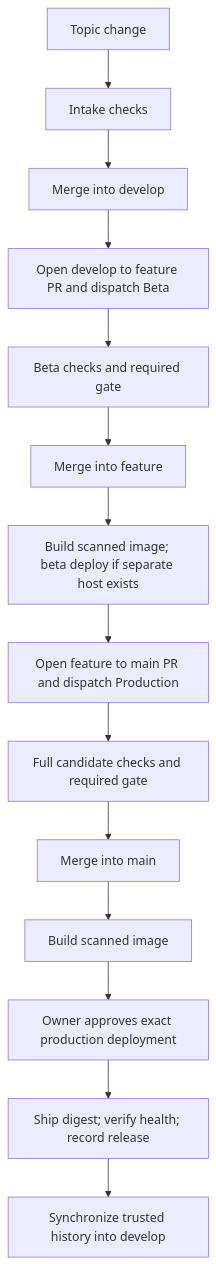
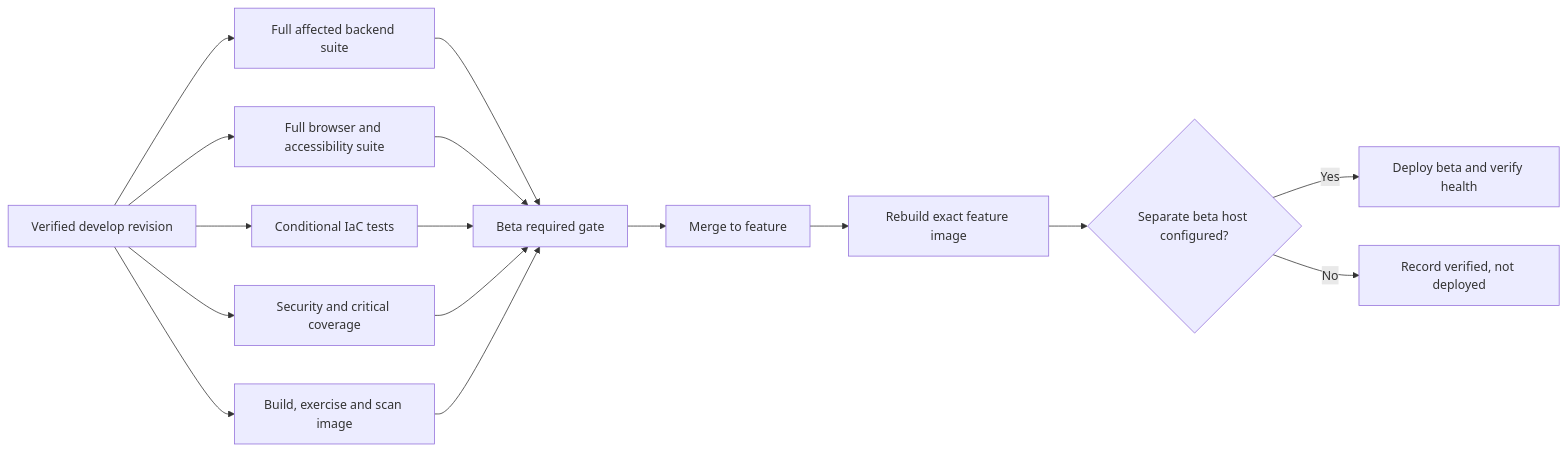
One commit to Andylol111/client-affairs-tools changed the third of 4 diagrams in docs/DELIVERY-GUARDRAILS.md. Above: the diagram before and after it, drawn with Mermaid. The commit also changed other lines of this file and 11 other files, not shown here.

````diff
--- a/docs/DELIVERY-GUARDRAILS.md
+++ b/docs/DELIVERY-GUARDRAILS.md
@@ -15,16 +46,18 @@
 ```mermaid
-flowchart TD
-  A[Topic change] --> B[Intake checks]
-  B --> C[Merge into develop]
-  C --> D[Open develop to feature PR and dispatch Beta]
-  D --> E[Beta checks and required gate]
-  E --> F[Merge into feature]
-  F --> G[Build scanned image; beta deploy if separate host exists]
-  G --> H[Open feature to main PR and dispatch Production]
-  H --> I[Full candidate checks and required gate]
-  I --> J[Merge into main]
-  J --> K[Build scanned image]
-  K --> L[Owner approves exact production deployment]
-  L --> M[Ship digest; verify health; record release]
-  M --> N[Synchronize trusted history into develop]
+flowchart LR
+  A[Verified develop revision] --> B[Full affected backend suite]
+  A --> C[Full browser and accessibility suite]
+  A --> D[Conditional IaC tests]
+  A --> E[Security and critical coverage]
+  A --> F[Build, exercise and scan image]
+  B --> G[Beta required gate]
+  C --> G
+  D --> G
+  E --> G
+  F --> G
+  G --> H[Merge to feature]
+  H --> I[Rebuild exact feature image]
+  I --> J{Separate beta host configured?}
+  J -- Yes --> K[Deploy beta and verify health]
+  J -- No --> L[Record verified, not deployed]
 ```
````
